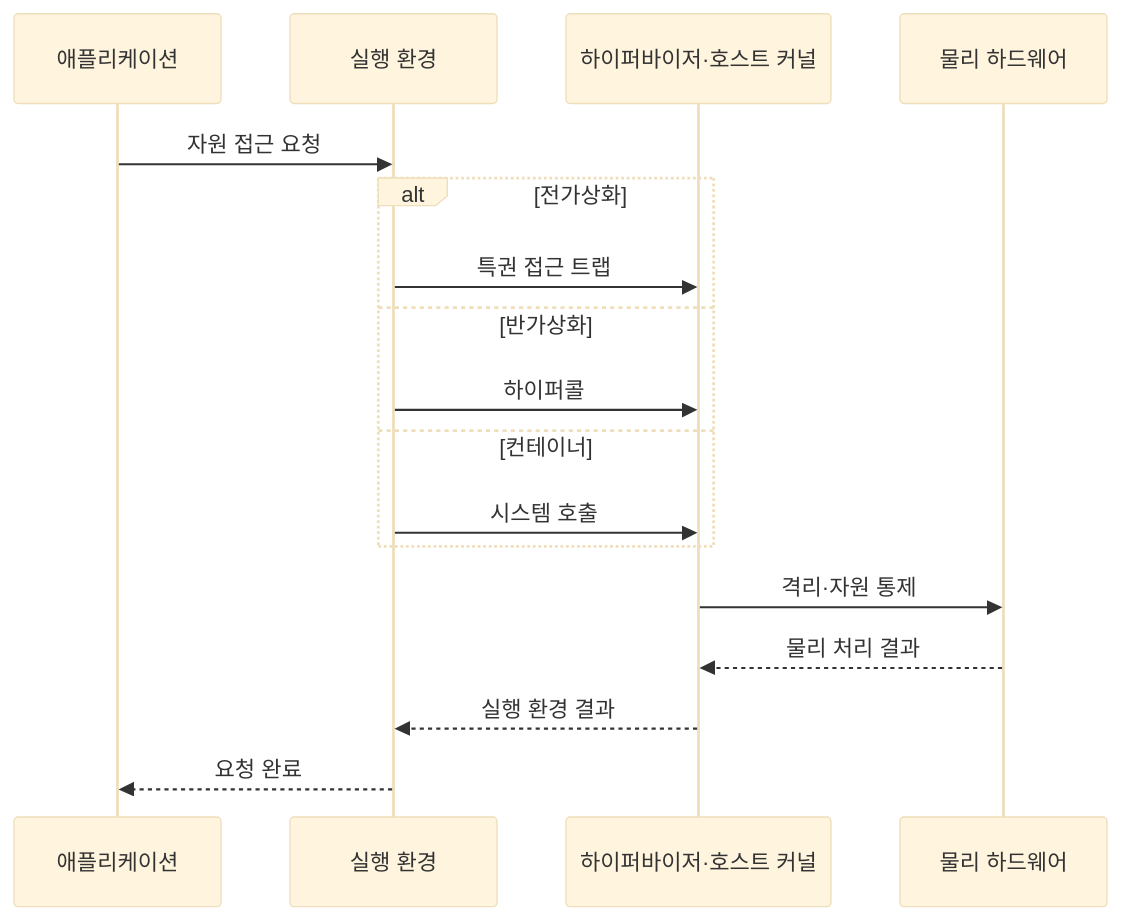
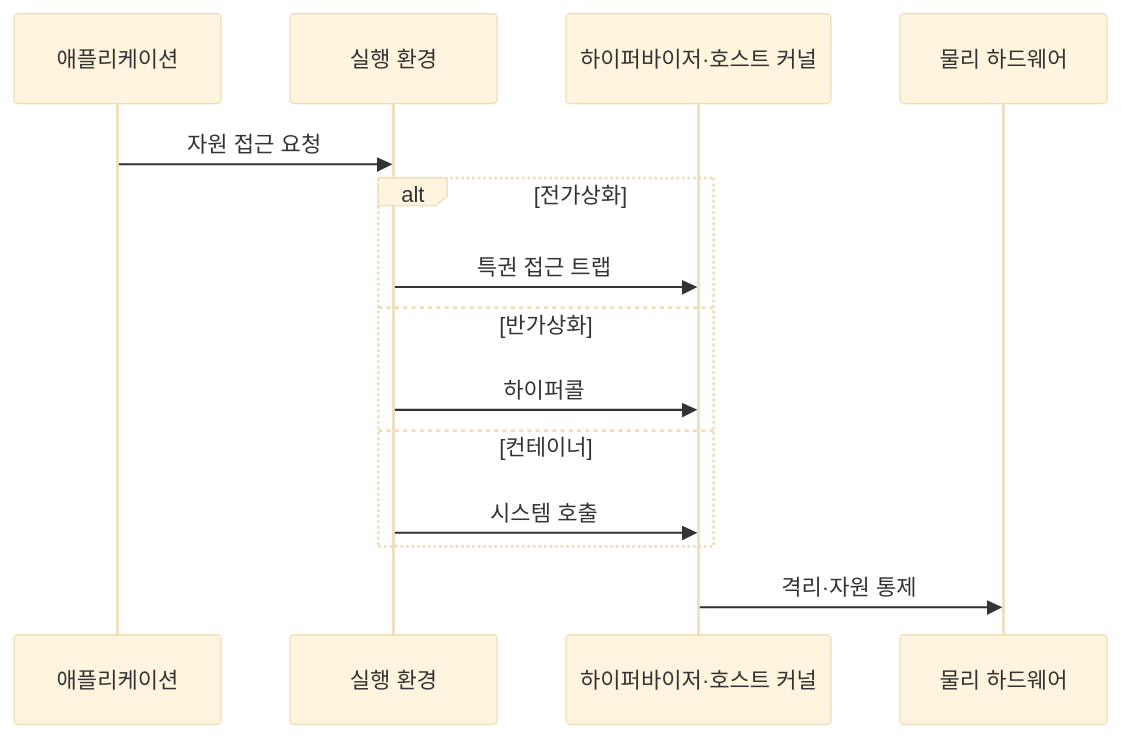
Before and after one commit to agnusdei1207/knowledge-base: the second of 2 diagrams in src/content/docs/notes/03-software/019_full_para_container_virtualization.md, drawn with Mermaid (base theme). The commit also changed other lines of this file and 13 other files, not shown here.

````diff
--- a/src/content/docs/notes/03-software/019_full_para_container_virtualization.md
+++ b/src/content/docs/notes/03-software/019_full_para_container_virtualization.md
@@ -93,19 +93,16 @@
 ```mermaid
 sequenceDiagram
     participant A as 애플리케이션
     participant E as 실행 환경
     participant R as 하이퍼바이저·호스트 커널
     participant H as 물리 하드웨어
     A->>E: 자원 접근 요청
     alt 전가상화
         E->>R: 특권 접근 트랩
     else 반가상화
         E->>R: 하이퍼콜
     else 컨테이너
         E->>R: 시스템 호출
     end
     R->>H: 격리·자원 통제
-    H-->>R: 물리 처리 결과
-    R-->>E: 실행 환경 결과
-    E-->>A: 요청 완료
 ```
````
